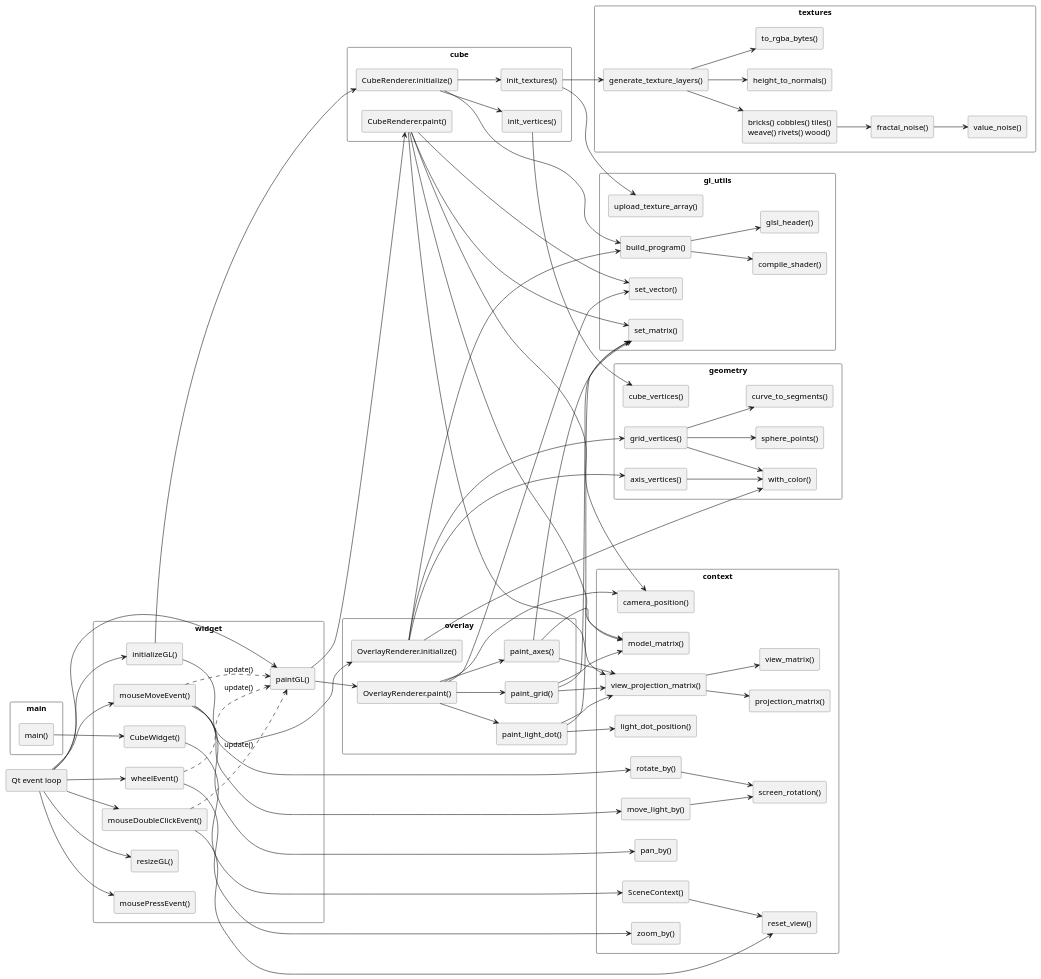
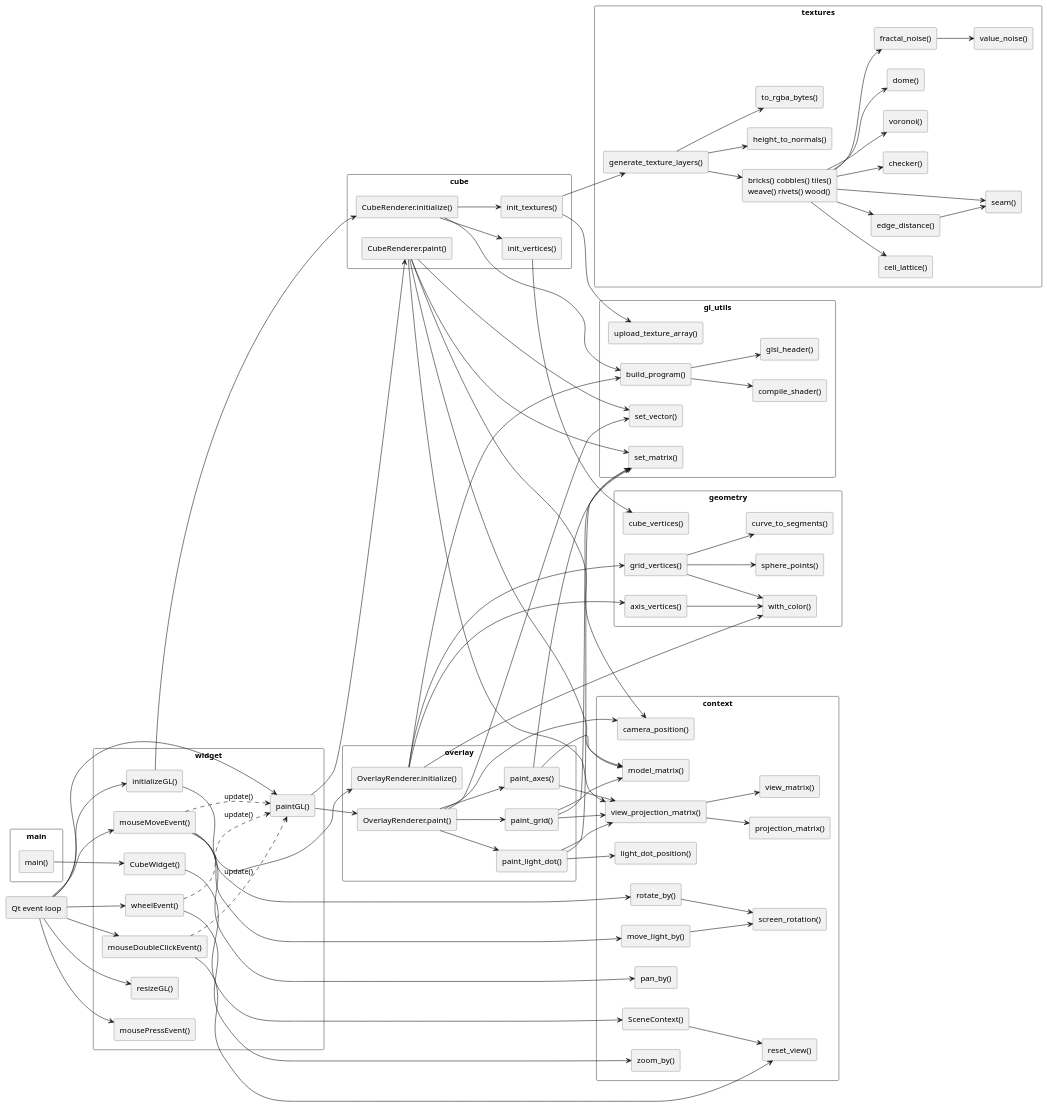
One commit to esba1ley/opengl_python_qt6_test changed the diagram in docs/diagrams/calls.puml. Above: the diagram before and after it, drawn with PlantUML. The commit also changed 2 other files, not shown here.

```diff
--- a/docs/diagrams/calls.puml
+++ b/docs/diagrams/calls.puml
@@ -1,157 +1,170 @@
 @startuml calls
 ' Call graph, hand-drawn: every function reachable from main(), grouped by
 ' module. selftest is omitted, and the small texture helpers (smoothstep, mix,
 ' uv_grid) are folded into the generators that use them. Keep in step with
 ' src/; see .claude/CLAUDE.md.
 left to right direction
 skinparam shadowing false
 skinparam rectangleBorderColor #555555
 skinparam packageStyle rectangle
 
 rectangle "Qt event loop" as qt #EEEEEE
 
 package main {
   rectangle "main()" as main_main
 }
 
 package widget {
   rectangle "CubeWidget()" as w_init
   rectangle "initializeGL()" as w_initgl
   rectangle "resizeGL()" as w_resize
   rectangle "paintGL()" as w_paint
   rectangle "mousePressEvent()" as w_press
   rectangle "mouseMoveEvent()" as w_move
   rectangle "wheelEvent()" as w_wheel
   rectangle "mouseDoubleClickEvent()" as w_dbl
 }
 
 package context {
   rectangle "SceneContext()" as c_init
   rectangle "reset_view()" as c_reset
   rectangle "rotate_by()" as c_rot
   rectangle "move_light_by()" as c_light
   rectangle "pan_by()" as c_pan
   rectangle "zoom_by()" as c_zoom
   rectangle "screen_rotation()" as c_screen
   rectangle "model_matrix()" as c_model
   rectangle "view_projection_matrix()" as c_vp
   rectangle "view_matrix()" as c_view
   rectangle "projection_matrix()" as c_proj
   rectangle "camera_position()" as c_cam
   rectangle "light_dot_position()" as c_dot
 }
 
 package cube {
   rectangle "CubeRenderer.initialize()" as k_init
   rectangle "init_textures()" as k_tex
   rectangle "init_vertices()" as k_vert
   rectangle "CubeRenderer.paint()" as k_paint
 }
 
 package overlay {
   rectangle "OverlayRenderer.initialize()" as o_init
   rectangle "OverlayRenderer.paint()" as o_paint
   rectangle "paint_grid()" as o_grid
   rectangle "paint_axes()" as o_axes
   rectangle "paint_light_dot()" as o_dot
 }
 
 package gl_utils {
   rectangle "build_program()" as g_build
   rectangle "compile_shader()" as g_compile
   rectangle "glsl_header()" as g_header
   rectangle "upload_texture_array()" as g_upload
   rectangle "set_matrix()" as g_mat
   rectangle "set_vector()" as g_vec
 }
 
 package geometry {
   rectangle "cube_vertices()" as ge_cube
   rectangle "grid_vertices()" as ge_grid
   rectangle "axis_vertices()" as ge_axes
   rectangle "sphere_points()" as ge_sphere
   rectangle "curve_to_segments()" as ge_segs
   rectangle "with_color()" as ge_color
 }
 
 package textures {
   rectangle "generate_texture_layers()" as t_gen
   rectangle "bricks() cobbles() tiles()\nweave() rivets() wood()" as t_mats
+  rectangle "cell_lattice()" as t_lattice
+  rectangle "edge_distance()" as t_edge
+  rectangle "seam()" as t_seam
+  rectangle "checker()" as t_checker
+  rectangle "voronoi()" as t_voronoi
+  rectangle "dome()" as t_dome
   rectangle "fractal_noise()" as t_fractal
   rectangle "value_noise()" as t_value
   rectangle "height_to_normals()" as t_normals
   rectangle "to_rgba_bytes()" as t_rgba
 }
 
 ' --- startup ---
 main_main --> w_init
 w_init --> c_init
 c_init --> c_reset
 qt --> w_initgl
 qt --> w_resize
 w_initgl --> k_init
 w_initgl --> o_init
 k_init --> g_build
 k_init --> k_tex
 k_init --> k_vert
 g_build --> g_header
 g_build --> g_compile
 k_tex --> t_gen
 k_tex --> g_upload
 k_vert --> ge_cube
 t_gen --> t_mats
 t_gen --> t_normals
 t_gen --> t_rgba
+t_mats --> t_lattice
+t_mats --> t_edge
+t_mats --> t_seam
+t_mats --> t_checker
+t_mats --> t_voronoi
+t_mats --> t_dome
 t_mats --> t_fractal
+t_edge --> t_seam
 t_fractal --> t_value
 o_init --> g_build
 o_init --> ge_grid
 o_init --> ge_axes
 o_init --> ge_color
 ge_grid --> ge_sphere
 ge_grid --> ge_segs
 ge_grid --> ge_color
 ge_axes --> ge_color
 
 ' --- each frame ---
 qt --> w_paint
 w_paint --> k_paint
 w_paint --> o_paint
 k_paint --> c_model
 k_paint --> c_vp
 k_paint --> c_cam
 k_paint --> g_mat
 k_paint --> g_vec
 o_paint --> c_cam
 o_paint --> g_vec
 o_paint --> o_grid
 o_paint --> o_axes
 o_paint --> o_dot
 o_grid --> c_model
 o_grid --> c_vp
 o_grid --> g_mat
 o_axes --> c_model
 o_axes --> c_vp
 o_axes --> g_mat
 o_dot --> c_dot
 o_dot --> c_vp
 o_dot --> g_mat
 c_vp --> c_view
 c_vp --> c_proj
 
 ' --- mouse ---
 qt --> w_press
 qt --> w_move
 qt --> w_wheel
 qt --> w_dbl
 w_move --> c_rot
 w_move --> c_light
 w_move --> c_pan
 w_wheel --> c_zoom
 w_dbl --> c_reset
 c_rot --> c_screen
 c_light --> c_screen
 w_move ..> w_paint : update()
 w_wheel ..> w_paint : update()
 w_dbl ..> w_paint : update()
 @enduml
```
